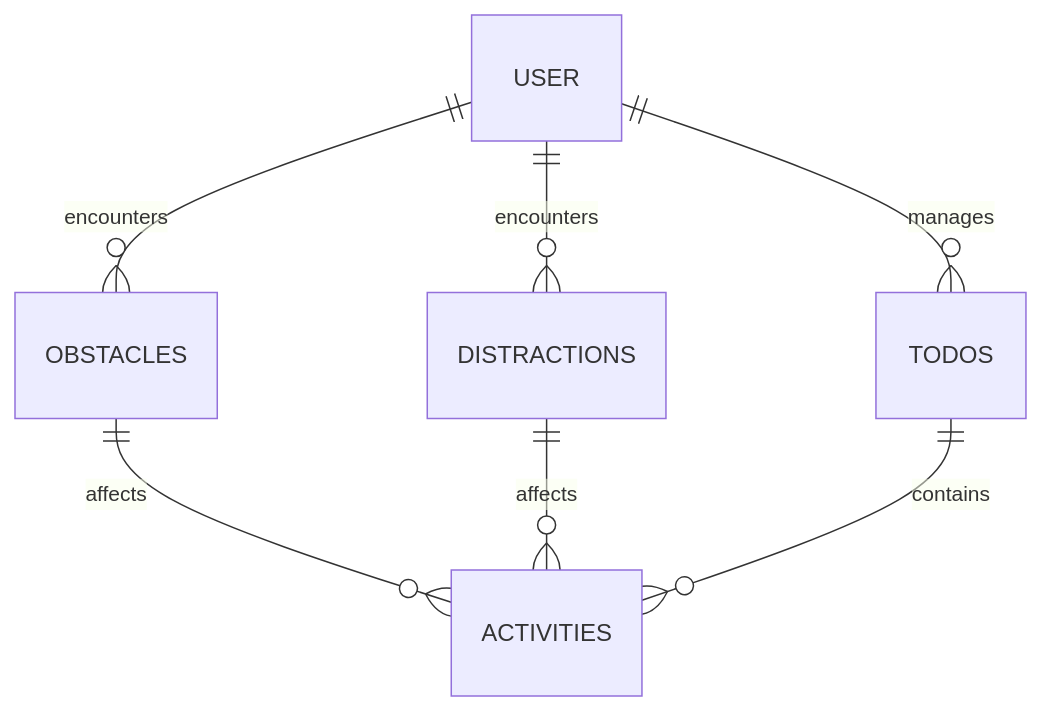
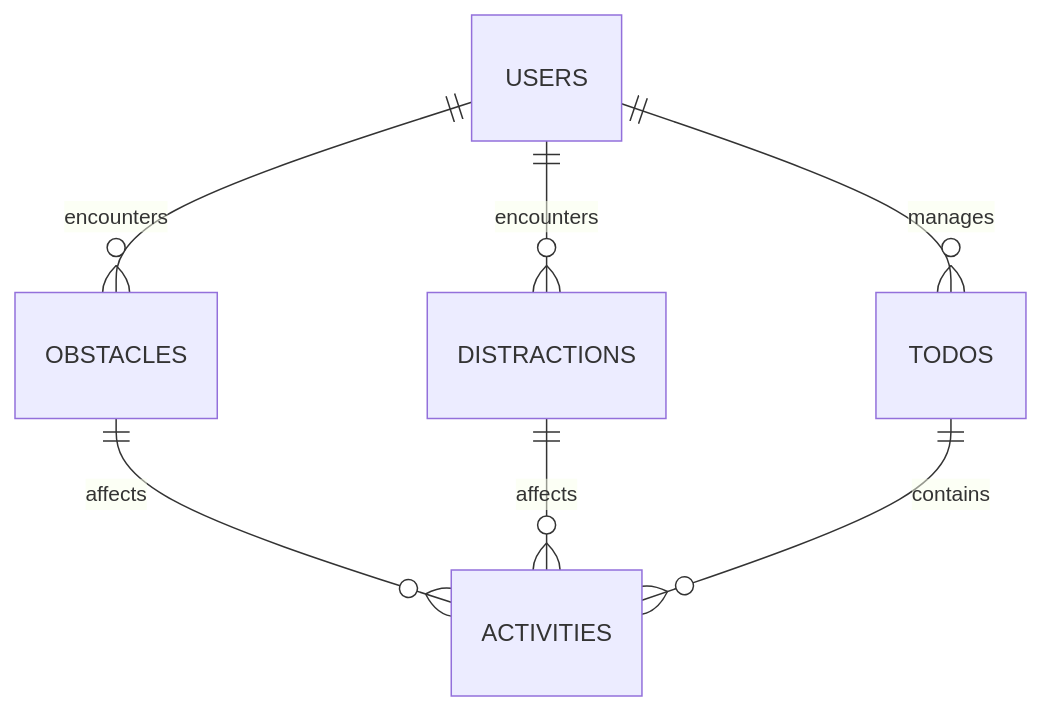
The diagram in README.md (erinhana/scatter), drawn with Mermaid before and after one commit.

````diff
--- a/README.md
+++ b/README.md
@@ -43,11 +43,11 @@
 ```mermaid
 %%{init: {'theme':'default'}}%%
 erDiagram
    
-    USER ||--o{ TODOS : manages
-    USER ||--o{ DISTRACTIONS : "encounters"
-    USER ||--o{ OBSTACLES : "encounters"
+    USERS ||--o{ TODOS : manages
+    USERS ||--o{ DISTRACTIONS : "encounters"
+    USERS ||--o{ OBSTACLES : "encounters"
     OBSTACLES ||--o{ACTIVITIES : "affects"
     DISTRACTIONS ||--o{ACTIVITIES : "affects"
     TODOS ||--o{ACTIVITIES : "contains"
 ```
````
